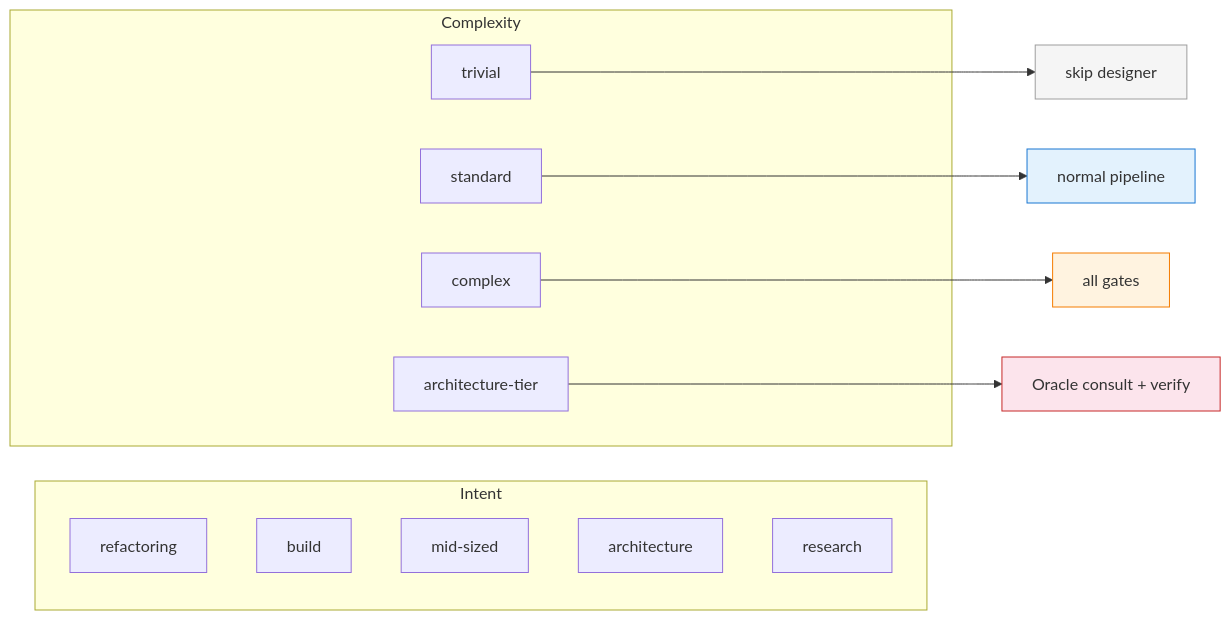
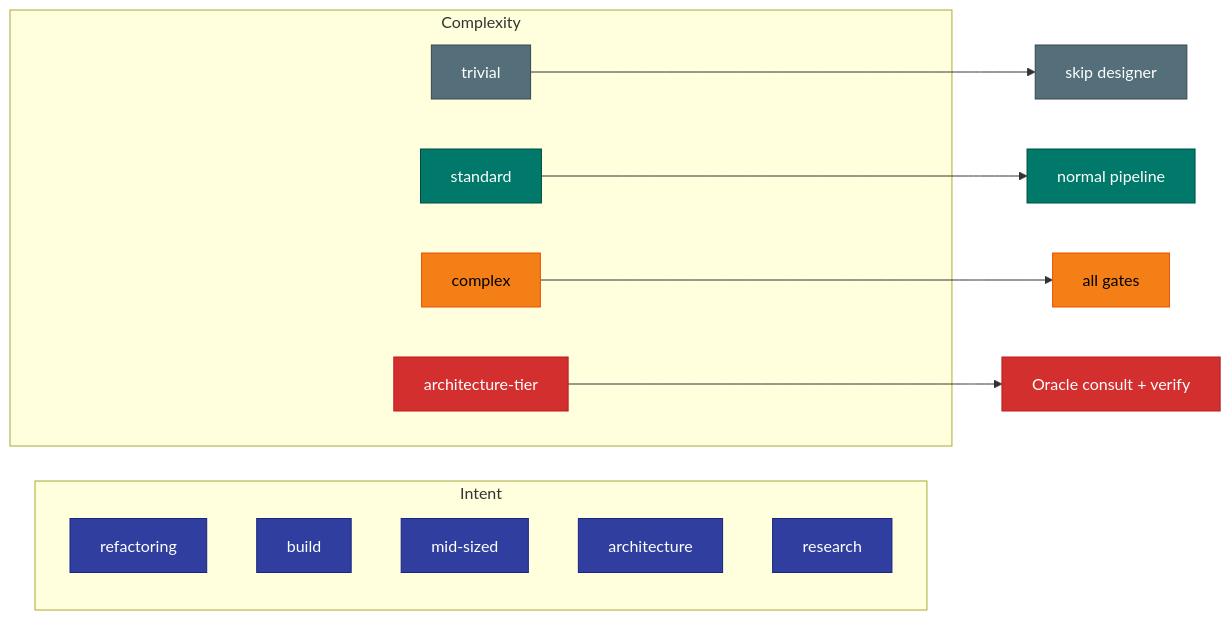
Before and after one commit to TejGandham/keel: the fifth of 5 diagrams in docs/HOW-IT-WORKS.md, drawn with Mermaid. The commit also changed other lines of this file and 2 other files, not shown here.

First line of the commit message:
docs: consistent saturated color palette across all Mermaid diagrams

````diff
--- a/docs/HOW-IT-WORKS.md
+++ b/docs/HOW-IT-WORKS.md
@@ -149,27 +180,36 @@
 ```mermaid
 graph LR
     subgraph Intent
         I1[refactoring]
         I2[build]
         I3[mid-sized]
         I4[architecture]
         I5[research]
     end
 
     subgraph Complexity
         C1[trivial]
         C2[standard]
         C3[complex]
         C4[architecture-tier]
     end
 
     C1 --> R1[skip designer]
     C2 --> R2[normal pipeline]
     C3 --> R3[all gates]
     C4 --> R4[Oracle consult + verify]
 
-    style R1 fill:#f5f5f5,stroke:#9e9e9e
-    style R2 fill:#e3f2fd,stroke:#1976d2
-    style R3 fill:#fff3e0,stroke:#f57c00
-    style R4 fill:#fce4ec,stroke:#c62828
+    style I1 fill:#303F9F,stroke:#1A237E,color:#fff
+    style I2 fill:#303F9F,stroke:#1A237E,color:#fff
+    style I3 fill:#303F9F,stroke:#1A237E,color:#fff
+    style I4 fill:#303F9F,stroke:#1A237E,color:#fff
+    style I5 fill:#303F9F,stroke:#1A237E,color:#fff
+    style C1 fill:#546E7A,stroke:#37474F,color:#fff
+    style C2 fill:#00796B,stroke:#004D40,color:#fff
+    style C3 fill:#F57F17,stroke:#E65100,color:#000
+    style C4 fill:#D32F2F,stroke:#B71C1C,color:#fff
+    style R1 fill:#546E7A,stroke:#37474F,color:#fff
+    style R2 fill:#00796B,stroke:#004D40,color:#fff
+    style R3 fill:#F57F17,stroke:#E65100,color:#000
+    style R4 fill:#D32F2F,stroke:#B71C1C,color:#fff
 ```
````
